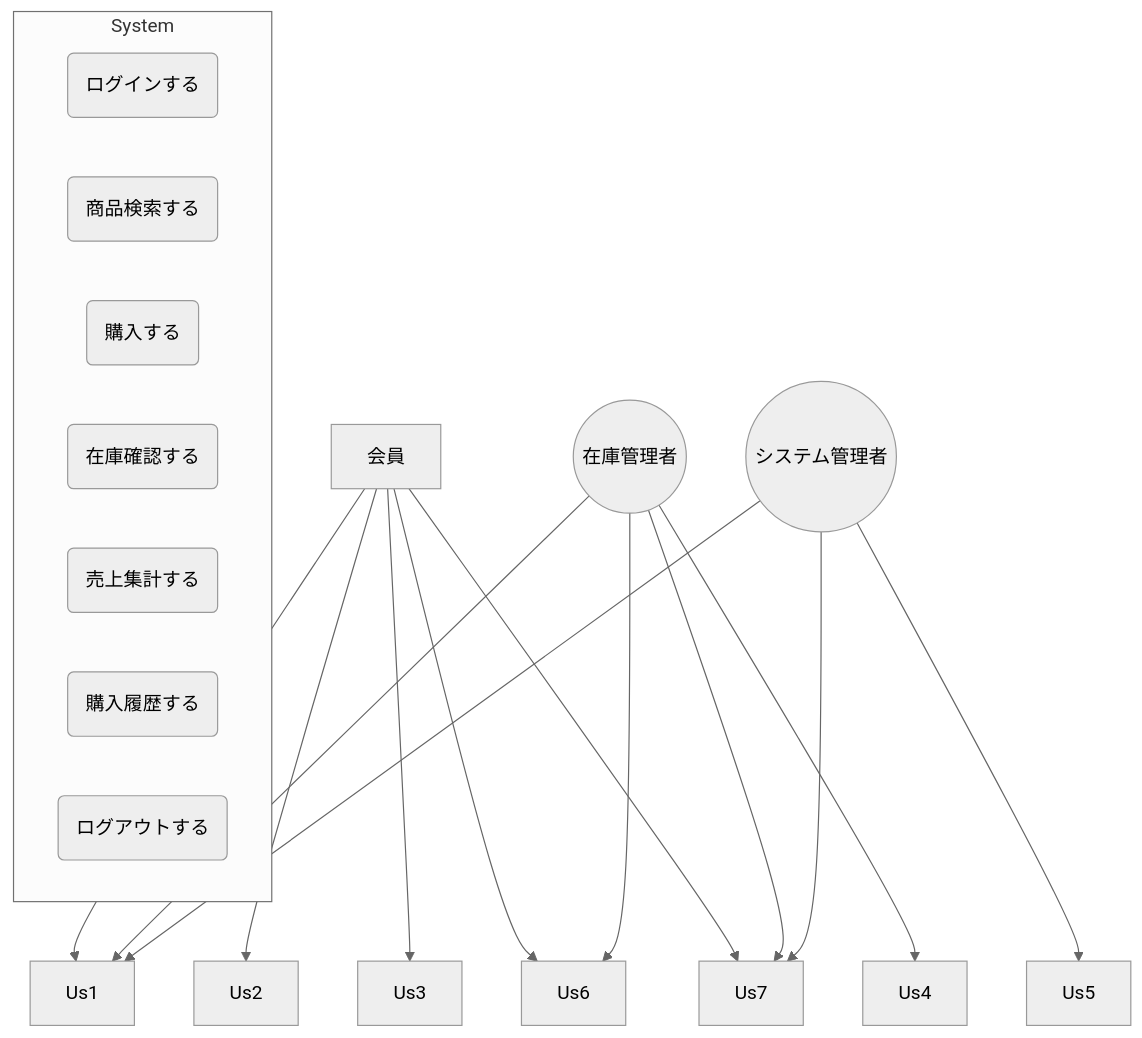
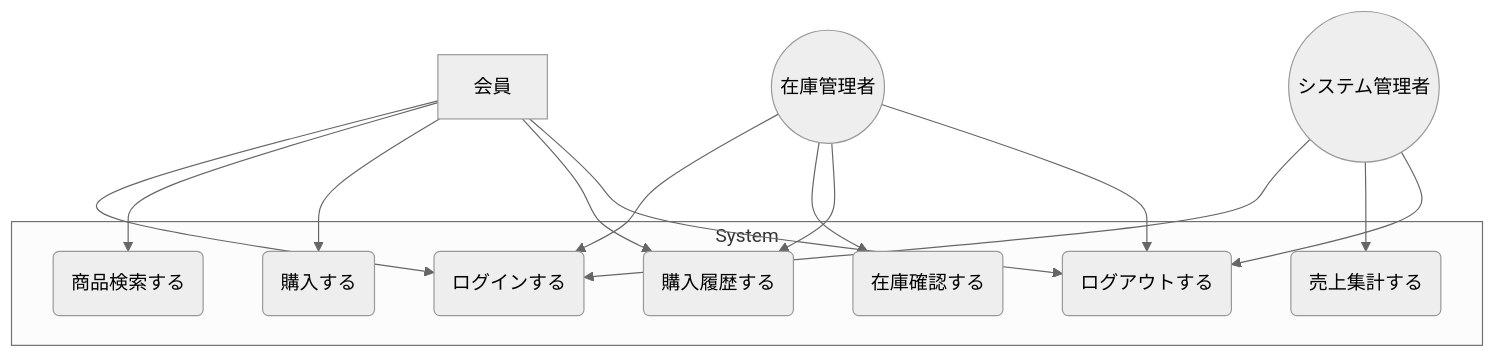
The diagram in 8-3_要件定義/use_case.md (namae-mizutani/yuki-mizutani-educure-app), drawn with Mermaid (neutral theme) before and after one commit.

Commit message:
8-3課題修正

````diff
--- a/8-3_要件定義/use_case.md
+++ b/8-3_要件定義/use_case.md
@@ -1,31 +1,31 @@
 ```mermaid
 graph TD
     User[会員]
     Staff((在庫管理者))
     Master((システム管理者))
 
     subgraph System
         Use1(ログインする)
         Use2(商品検索する)
         Use3(購入する)
         Use4(在庫確認する)
         Use5(売上集計する)
         Use6(購入履歴する)
         Use7(ログアウトする)
     end
 
-    User --> Us1
-    User --> Us2
-    User --> Us3
-    User --> Us6
-    User --> Us7
+    User --> Use1
+    User --> Use2
+    User --> Use3
+    User --> Use6
+    User --> Use7
 
-    Staff --> Us1
-    Staff --> Us4
-    Staff --> Us6
-    Staff --> Us7
+    Staff --> Use1
+    Staff --> Use4
+    Staff --> Use6
+    Staff --> Use7
 
-    Master --> Us1
-    Master --> Us5
-    Master --> Us7
+    Master --> Use1
+    Master --> Use5
+    Master --> Use7
 ```
````
